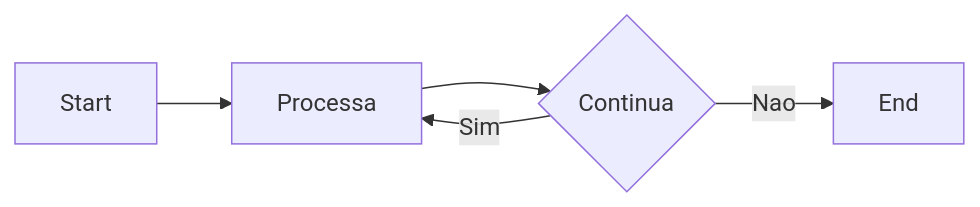
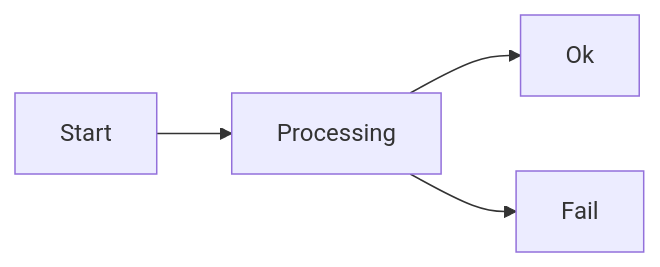
The third of 3 diagrams in .github/DOCUMENTATION_TEMPLATE.md (rafaelluisdacostacoelho/software-engineering-study), drawn with Mermaid before and after one commit. The commit also changed other lines of this file and 14 other files, not shown here.

````diff
--- a/.github/DOCUMENTATION_TEMPLATE.md
+++ b/.github/DOCUMENTATION_TEMPLATE.md
@@ -67,7 +107,6 @@
 ```mermaid
 graph LR
-S[Start] --> P[Processa]
-P --> Q{Continua}
-Q -- Sim --> P
-Q -- Nao --> E[End]
+S[Start] --> P[Processing]
+P --> O[Ok]
+P --> F[Fail]
 ```
````
